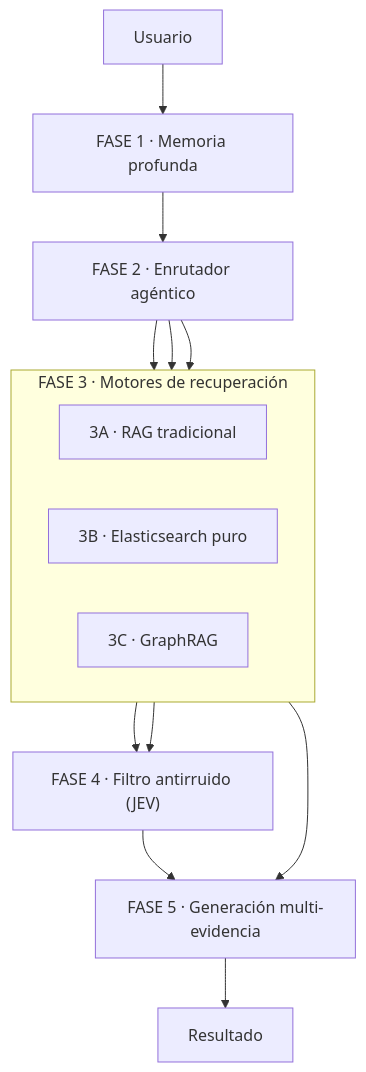
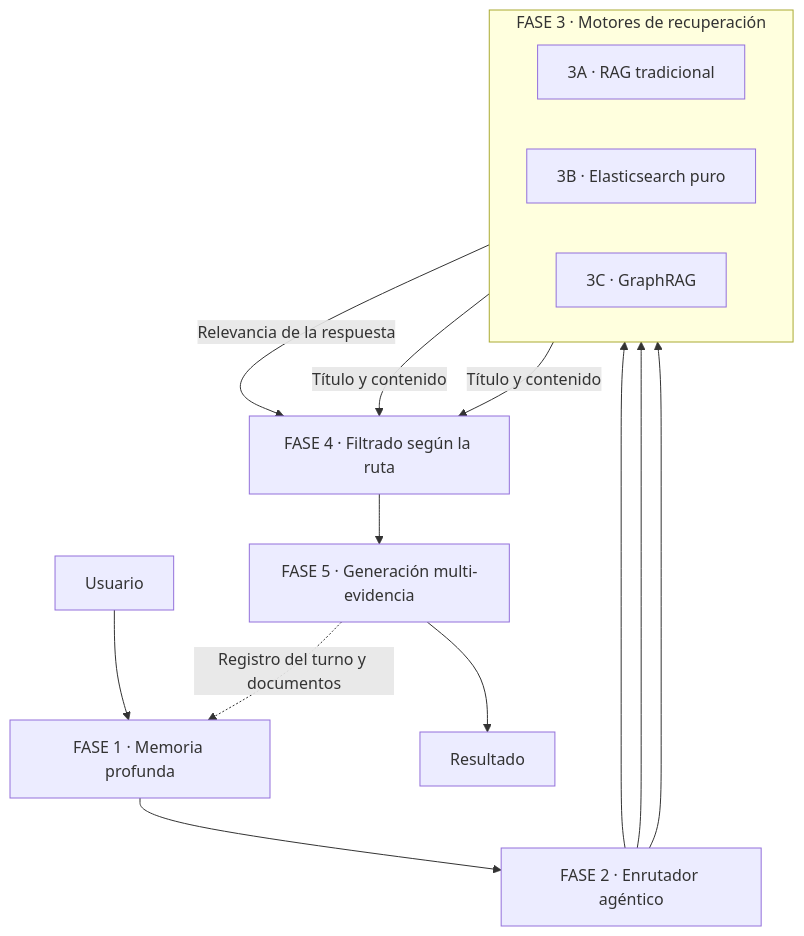
The diagram in entregas/cu-09-graphrag-dog/ARCHITECTURE.md (4aac/piia2-26), drawn with Mermaid before and after one commit. The commit also changed other lines of this file and 1 other file, not shown here.

Commit message:
fix: update architecture and README

````diff
--- a/entregas/cu-09-graphrag-dog/ARCHITECTURE.md
+++ b/entregas/cu-09-graphrag-dog/ARCHITECTURE.md
@@ -5,21 +3,22 @@
 ```mermaid
 flowchart TD
     U[Usuario] --> M["FASE 1 · Memoria profunda"]
     M --> A["FASE 2 · Enrutador agéntico"]
 
     subgraph R["FASE 3 · Motores de recuperación"]
         direction LR
         RAG["3A · RAG tradicional"]
         ES["3B · Elasticsearch puro"]
         G["3C · GraphRAG"]
     end
 
     A --> RAG
     A --> ES
     A --> G
-    RAG --> F["FASE 4 · Filtro antirruido (JEV)"]
-    ES --> L
-    G --> F
+    RAG -->|Relevancia de la respuesta| F["FASE 4 · Filtrado según la ruta"]
+    ES -->|Título y contenido| F
+    G -->|Título y contenido| F
     F --> L["FASE 5 · Generación multi-evidencia"]
     L --> O[Resultado]
+    L -. Registro del turno y documentos .-> M
 ```
````
